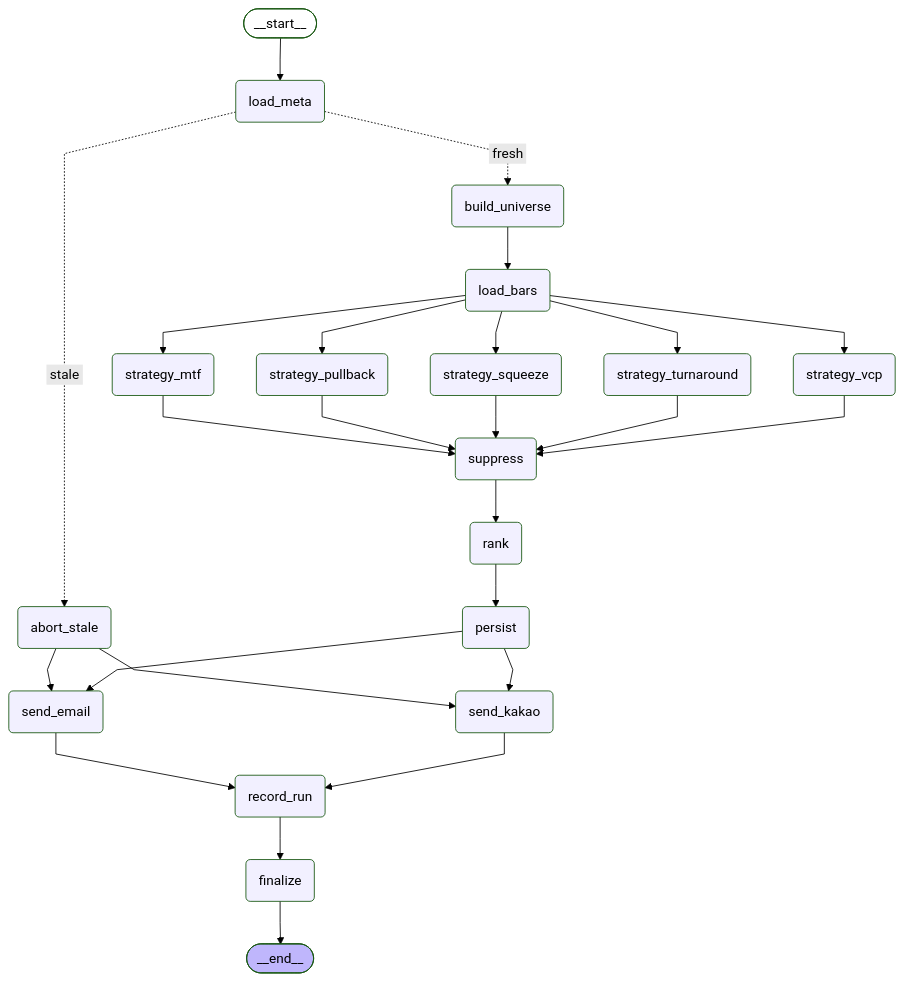
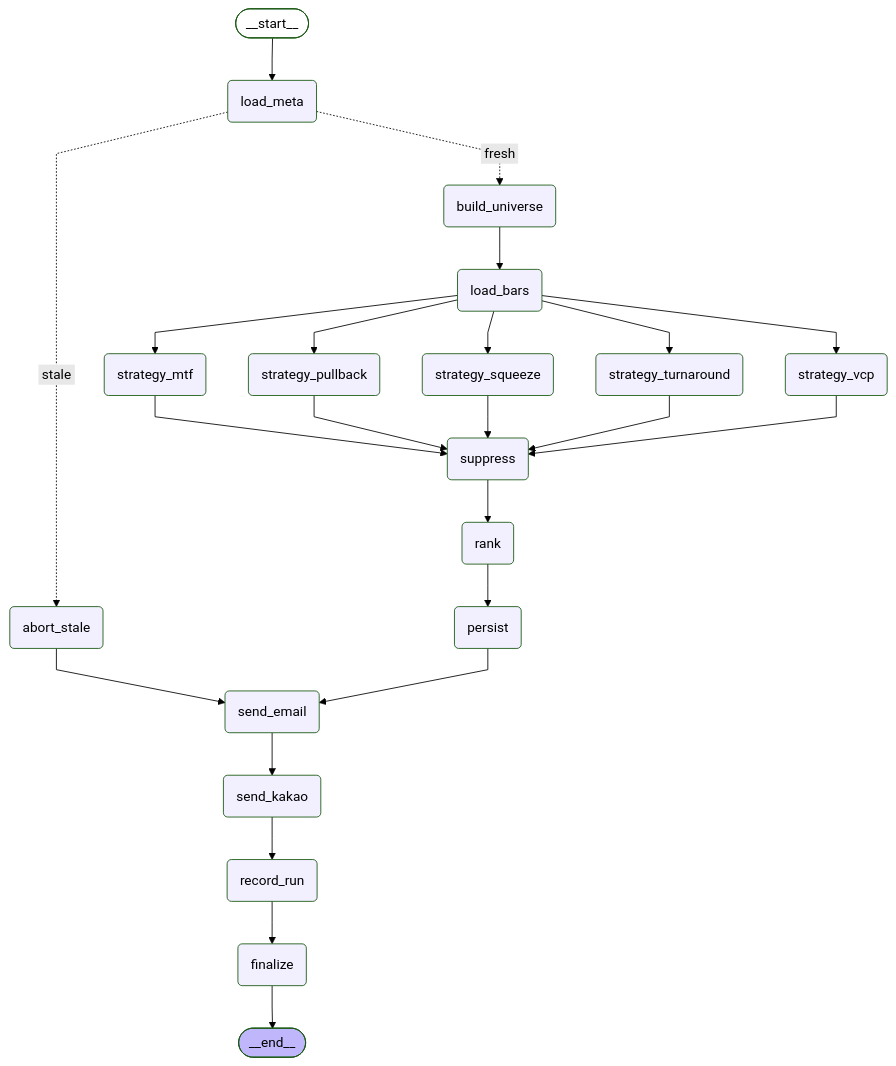
Before and after one commit to daehyub71/krx-signal-alerts: the diagram in docs/GRAPH.md, drawn with Mermaid (forest theme). The commit also changed 15 other files, not shown here.

First line of the commit message:
feat: add kakao and email delivery with channel isolation

````diff
--- a/docs/GRAPH.md
+++ b/docs/GRAPH.md
@@ -8,53 +8,51 @@
 ```mermaid
 ---
 config:
   flowchart:
     curve: linear
 ---
 graph TD;
 	__start__([<p>__start__</p>]):::first
 	load_meta(load_meta)
 	abort_stale(abort_stale)
 	build_universe(build_universe)
 	load_bars(load_bars)
 	strategy_mtf(strategy_mtf)
 	strategy_pullback(strategy_pullback)
 	strategy_vcp(strategy_vcp)
 	strategy_squeeze(strategy_squeeze)
 	strategy_turnaround(strategy_turnaround)
 	suppress(suppress)
 	rank(rank)
 	persist(persist)
 	send_kakao(send_kakao)
 	send_email(send_email)
 	record_run(record_run)
 	finalize(finalize)
 	__end__([<p>__end__</p>]):::last
 	__start__ --> load_meta;
 	abort_stale --> send_email;
-	abort_stale --> send_kakao;
 	build_universe --> load_bars;
 	load_bars --> strategy_mtf;
 	load_bars --> strategy_pullback;
 	load_bars --> strategy_squeeze;
 	load_bars --> strategy_turnaround;
 	load_bars --> strategy_vcp;
 	load_meta -. &nbsp;stale&nbsp; .-> abort_stale;
 	load_meta -. &nbsp;fresh&nbsp; .-> build_universe;
 	persist --> send_email;
-	persist --> send_kakao;
 	rank --> persist;
 	record_run --> finalize;
-	send_email --> record_run;
+	send_email --> send_kakao;
 	send_kakao --> record_run;
 	strategy_mtf --> suppress;
 	strategy_pullback --> suppress;
 	strategy_squeeze --> suppress;
 	strategy_turnaround --> suppress;
 	strategy_vcp --> suppress;
 	suppress --> rank;
 	finalize --> __end__;
 	classDef default fill:#f2f0ff,line-height:1.2
 	classDef first fill-opacity:0
 	classDef last fill:#bfb6fc
 ```
````
